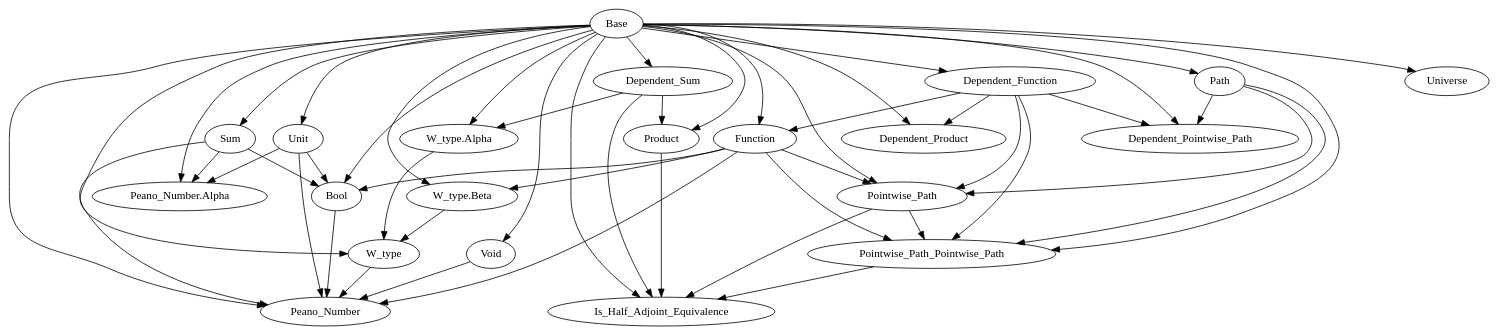
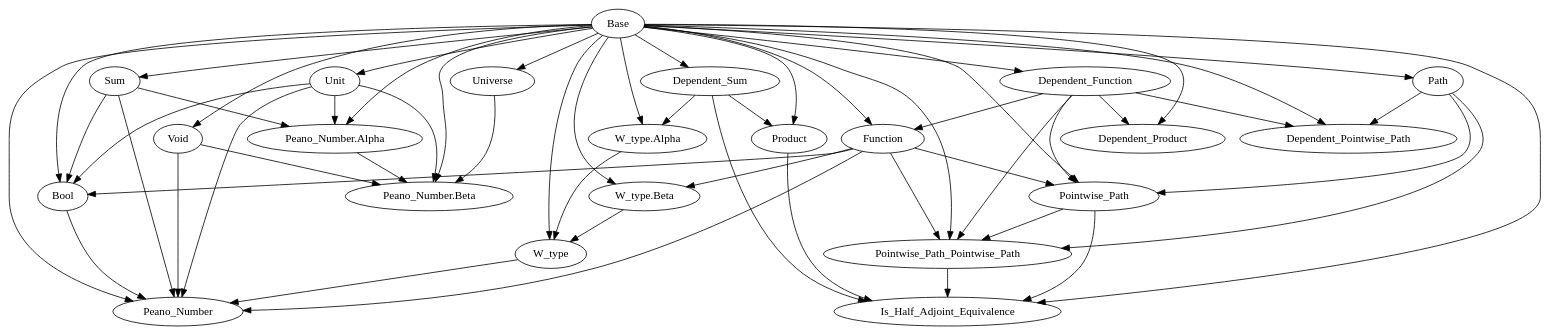
One commit to Hexirp/googology-in-coq changed the diagram in libraries/dependencies.gv. Above: the diagram before and after it, drawn with Graphviz. The commit also changed 3 other files, not shown here.

Commit message:
Add: Peano_Number.Beta を

```diff
--- a/libraries/dependencies.gv
+++ b/libraries/dependencies.gv
@@ -1,74 +1,80 @@
 digraph Dependencies {
   # Base
   # Dependent_Function
   "Base" -> "Dependent_Function";
   # Function
   "Base" -> "Function";
   "Dependent_Function" -> "Function";
   # Dependent_Product
   "Base" -> "Dependent_Product";
   "Dependent_Function" -> "Dependent_Product";
   # Dependent_Sum
   "Base" -> "Dependent_Sum";
   # Product
   "Base" -> "Product";
   "Dependent_Sum" -> "Product";
   # Sum
   "Base" -> "Sum";
   # Unit
   "Base" -> "Unit";
   # Void
   "Base" -> "Void";
   # W_type.Alpha
   "Base" -> "W_type.Alpha";
   "Dependent_Sum" -> "W_type.Alpha";
   # W_type.Beta
   "Base" -> "W_type.Beta";
   "Function" -> "W_type.Beta";
   # W_type
   "Base" -> "W_type";
   "W_type.Alpha" -> "W_type";
   "W_type.Beta" -> "W_type";
   # Universe
   "Base" -> "Universe";
   # Path
   "Base" -> "Path";
   # Dependent_Pointwise_Path
   "Base" -> "Dependent_Pointwise_Path";
   "Dependent_Function" -> "Dependent_Pointwise_Path";
   "Path" -> "Dependent_Pointwise_Path";
   # Pointwise_Path
   "Base" -> "Pointwise_Path";
   "Dependent_Function" -> "Pointwise_Path";
   "Function" -> "Pointwise_Path";
   "Path" -> "Pointwise_Path";
   # Pointwise_Path_Pointwise_Path
   "Base" -> "Pointwise_Path_Pointwise_Path";
   "Dependent_Function" -> "Pointwise_Path_Pointwise_Path";
   "Function" -> "Pointwise_Path_Pointwise_Path";
   "Path" -> "Pointwise_Path_Pointwise_Path";
   "Pointwise_Path" -> "Pointwise_Path_Pointwise_Path";
   # Is_Half_Adjoint_Equivalence
   "Base" -> "Is_Half_Adjoint_Equivalence";
   "Dependent_Sum" -> "Is_Half_Adjoint_Equivalence";
   "Product" -> "Is_Half_Adjoint_Equivalence";
   "Pointwise_Path" -> "Is_Half_Adjoint_Equivalence";
   "Pointwise_Path_Pointwise_Path" -> "Is_Half_Adjoint_Equivalence";
   # Bool
   "Base" -> "Bool";
   "Function" -> "Bool";
   "Sum" -> "Bool";
   "Unit" -> "Bool";
   # Peano_Number.Alpha
   "Base" -> "Peano_Number.Alpha";
   "Sum" -> "Peano_Number.Alpha";
   "Unit" -> "Peano_Number.Alpha";
+  # Peano_Number.Beta
+  "Base" -> "Peano_Number.Beta";
+  "Void" -> "Peano_Number.Beta";
+  "Unit" -> "Peano_Number.Beta";
+  "Universe" -> "Peano_Number.Beta";
+  "Peano_Number.Alpha" -> "Peano_Number.Beta";
   # Peano_Number
   "Base" -> "Peano_Number";
   "Function" -> "Peano_Number";
   "Sum" -> "Peano_Number";
   "Void" -> "Peano_Number";
   "Unit" -> "Peano_Number";
   "W_type" -> "Peano_Number";
   "Bool" -> "Peano_Number";
 }
```
